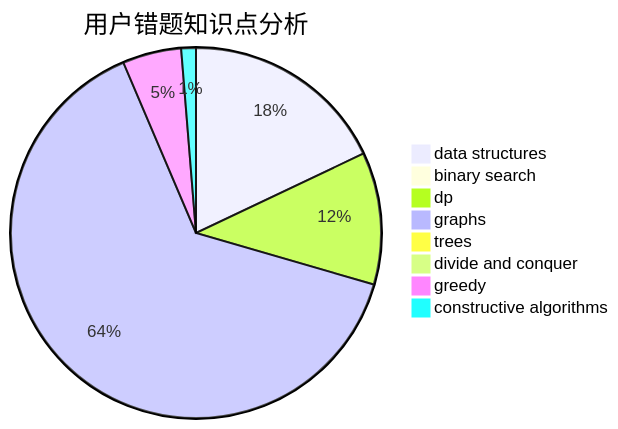
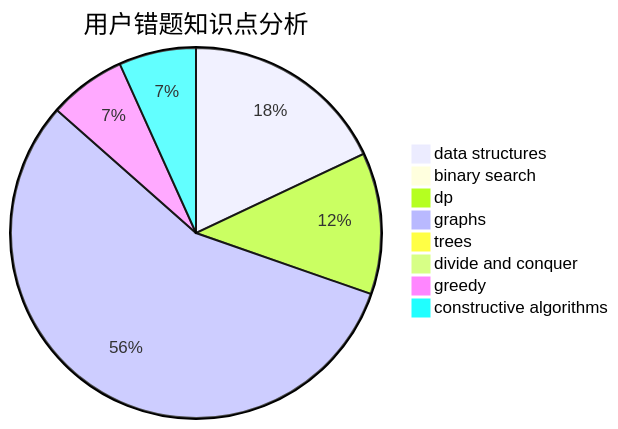
Before and after one commit to sherpahu/cfrs.github.io: the third of 3 diagrams in docs/user/u912.md, drawn with Mermaid. The commit also changed other lines of this file and 2770 other files, not shown here.

````diff
--- a/docs/user/u912.md
+++ b/docs/user/u912.md
@@ -36,11 +36,11 @@
 ```mermaid
 pie title 用户错题知识点分析
-    "data structures" :  14
+    "data structures" :  16
     "binary search" :  0
-    "dp" :  9
+    "dp" :  11
     "graphs" :  50
     "trees" :  0
     "divide and conquer" :  0
-    "greedy" :  4
-    "constructive algorithms" :  1
+    "greedy" :  6
+    "constructive algorithms" :  6
 ```
````
